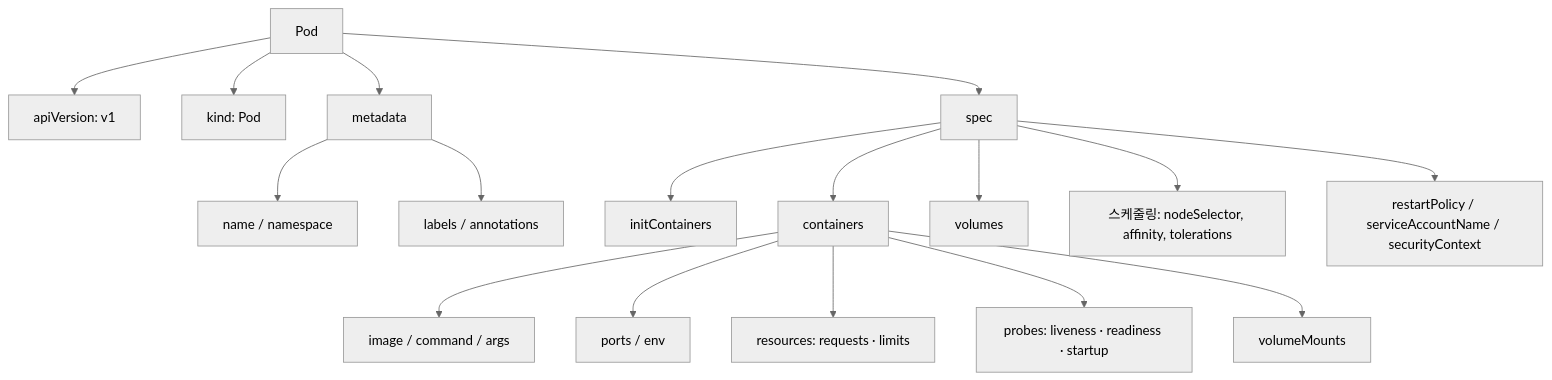
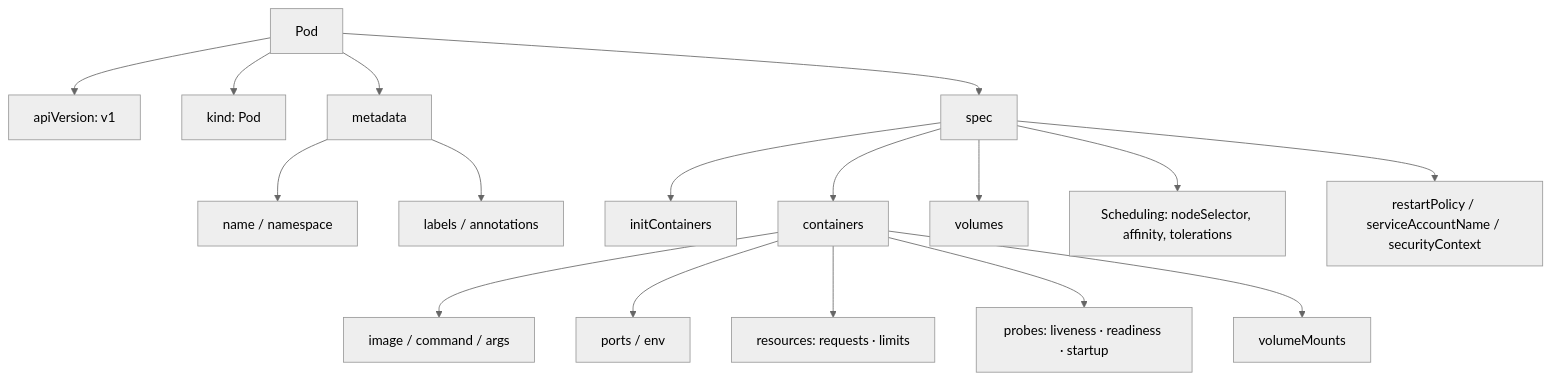
One commit to jeonck/k8s-adv changed the diagram in content/usecases/52-uc-pod-yaml-structure.md. Above: the diagram before and after it, drawn with Mermaid (neutral theme). The commit also changed other lines of this file and 223 other files, not shown here.

````diff
--- a/content/usecases/52-uc-pod-yaml-structure.md
+++ b/content/usecases/52-uc-pod-yaml-structure.md
@@ -85,19 +85,19 @@
 ```mermaid
 graph TD
     P[Pod] --> AV[apiVersion: v1]
     P --> K[kind: Pod]
     P --> M[metadata]
     P --> S[spec]
     M --> M1[name / namespace]
     M --> M2[labels / annotations]
     S --> IC[initContainers]
     S --> C[containers]
     S --> V[volumes]
-    S --> SC[스케줄링: nodeSelector, affinity, tolerations]
+    S --> SC[Scheduling: nodeSelector, affinity, tolerations]
     S --> POL[restartPolicy / serviceAccountName / securityContext]
     C --> C1[image / command / args]
     C --> C2[ports / env]
     C --> C3[resources: requests · limits]
     C --> C4[probes: liveness · readiness · startup]
     C --> C5[volumeMounts]
 ```
````
